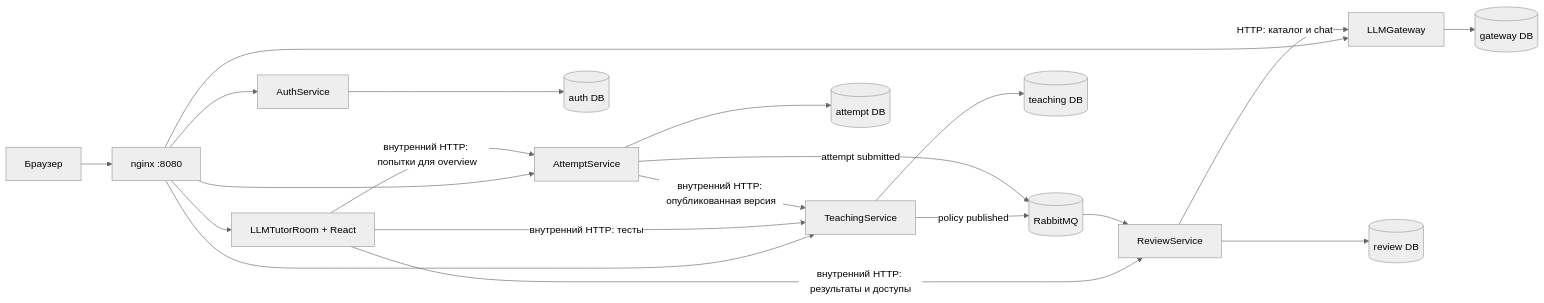
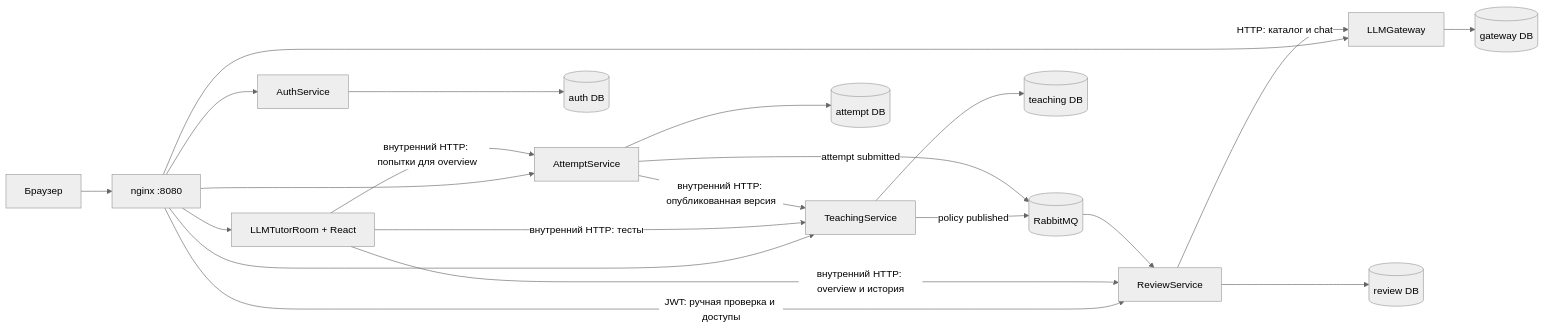
One commit to KomaMix/LLMTutorRoom changed the first of 2 diagrams in docs/architecture.md. Above: the diagram before and after it, drawn with Mermaid (neutral theme). The commit also changed other lines of this file and 34 other files, not shown here.

Commit message:
refactor(review): route commands directly to review service

````diff
--- a/docs/architecture.md
+++ b/docs/architecture.md
@@ -29,25 +29,26 @@
 ```mermaid
 flowchart LR
     Browser["Браузер"] --> Nginx["nginx :8080"]
     Nginx --> Auth["AuthService"]
     Nginx --> Teaching["TeachingService"]
     Nginx --> Attempt["AttemptService"]
     Nginx --> Tutor["LLMTutorRoom + React"]
+    Nginx -- "JWT: ручная проверка и доступы" --> Review["ReviewService"]
     Nginx --> Gateway["LLMGateway"]
 
     Tutor -- "внутренний HTTP: тесты" --> Teaching
     Tutor -- "внутренний HTTP: попытки для overview" --> Attempt
-    Tutor -- "внутренний HTTP: результаты и доступы" --> Review["ReviewService"]
+    Tutor -- "внутренний HTTP: overview и история" --> Review
     Attempt -- "внутренний HTTP: опубликованная версия" --> Teaching
     Review -- "HTTP: каталог и chat" --> Gateway
 
     Teaching -- "policy published" --> Rabbit[(RabbitMQ)]
     Attempt -- "attempt submitted" --> Rabbit
     Rabbit --> Review
 
     Auth --> AuthDb[(auth DB)]
     Teaching --> TeachingDb[(teaching DB)]
     Attempt --> AttemptDb[(attempt DB)]
     Review --> ReviewDb[(review DB)]
     Gateway --> GatewayDb[(gateway DB)]
 ```
````
